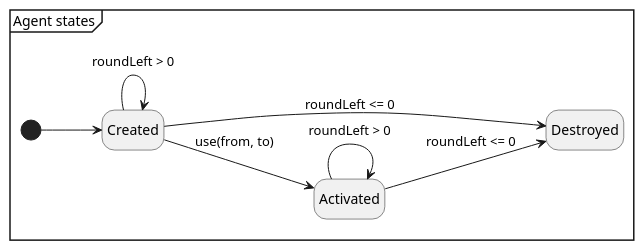
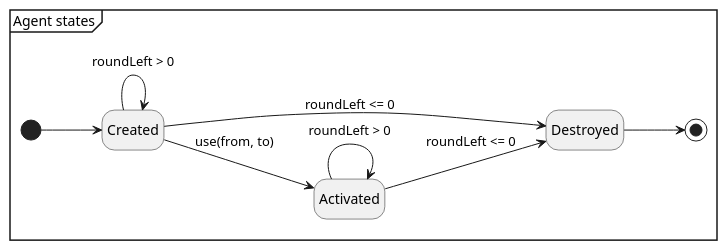
Before and after one commit to Tschonti/503-service-unavailable: the diagram in docs/stateMachines/agentState.puml, drawn with PlantUML. The commit also changed 1 other file, not shown here.

```diff
--- a/docs/stateMachines/agentState.puml
+++ b/docs/stateMachines/agentState.puml
@@ -1,16 +1,17 @@
 @startuml
 'https://plantuml.com/state-diagram
 left to right direction
 mainframe Agent states
 hide empty description
 
 state Created
 state Destroyed
 state Activated
 [*] --> Created
 Created --> Created : roundLeft > 0
 Created --> Destroyed : roundLeft <= 0
 Created --> Activated : use(from, to)
 Activated --> Activated : roundLeft > 0
 Activated --> Destroyed : roundLeft <= 0
+Destroyed-->[*]
 @enduml
```
